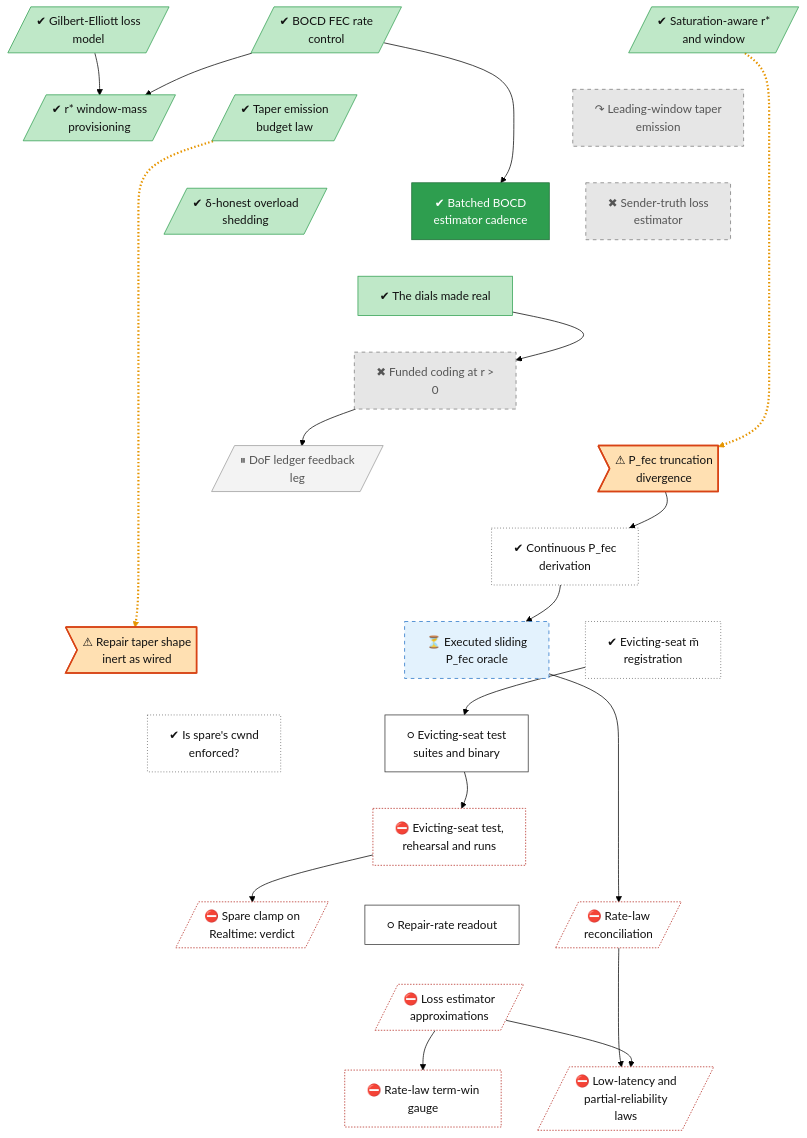
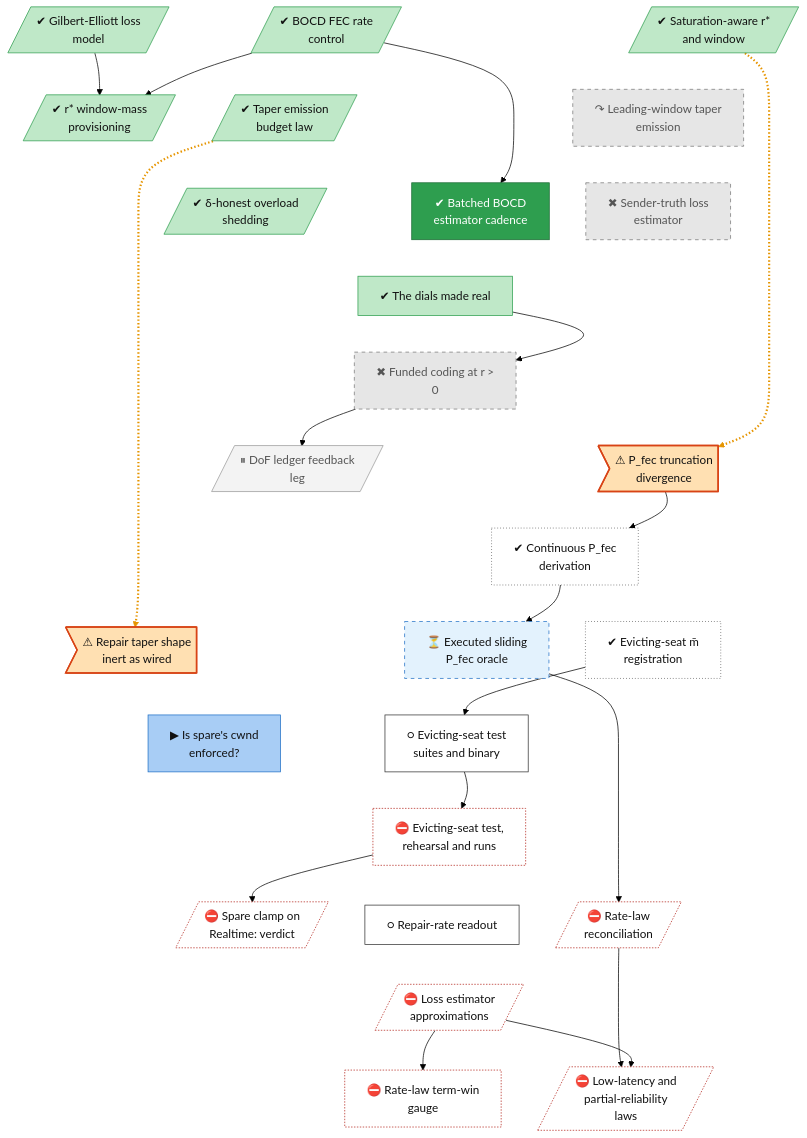
One commit to lhns/raptorpath changed the diagram in docs/roadmap/tracks/rate.md. Above: the diagram before and after it, drawn with Mermaid (forest theme). The commit also changed other lines of this file and 7 other files, not shown here.

First line of the commit message:
roadmap: next VM step and the delay re-check on the overview, spare-clamp question back to in progress, off-Bulk sweep notes its rebuild; node schema committed; status: the Realtime delay lean read post hoc (no regression shown; in-order delay to re-check on long rows)

````diff
--- a/docs/roadmap/tracks/rate.md
+++ b/docs/roadmap/tracks/rate.md
@@ -26,7 +26,7 @@
     rate_pfec_oracle["⏳ Executed sliding<br/>P_fec oracle"]
     rate_defect_taper_inert>"⚠ Repair taper shape<br/>inert as wired"]
     rate_evict_registration["✔ Evicting-seat m̄<br/>registration"]
-    rate_spare_cwnd["✔ Is spare's cwnd<br/>enforced?"]
+    rate_spare_cwnd["▶ Is spare's cwnd<br/>enforced?"]
     rate_evict_epre["○ Evicting-seat test<br/>suites and binary"]
     rate_evict_session["⛔ Evicting-seat test,<br/>rehearsal and runs"]
     rate_spare_clamp_verdict[/"⛔ Spare clamp on<br/>Realtime: verdict"/]
@@ -100,8 +100,9 @@
     class rate_est_cadence vsucc
     class rate_dof_ledger parked
     class rate_defect_pfec,rate_defect_taper_inert defect
-    class rate_pfec_continuous,rate_evict_registration,rate_spare_cwnd unrated
+    class rate_pfec_continuous,rate_evict_registration unrated
     class rate_pfec_oracle waiting
+    class rate_spare_cwnd inprog
     class rate_evict_epre,rate_fix_rate_readout next
     class rate_evict_session,rate_spare_clamp_verdict,rate_law_reconcile,rate_fix_estimators,rate_fix_term_gauge,rate_fix_rho_realtime blocked
 ```
````
